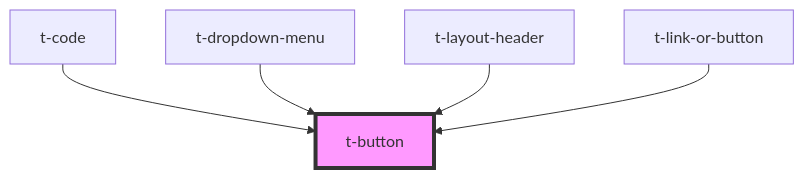
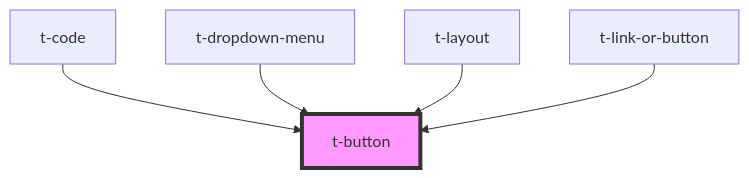
The diagram in packages/t-web-components/src/components/t-button/readme.md (TomasEng/web-components), drawn with Mermaid before and after one commit. The commit also changed other lines of this file and 37 other files, not shown here.

````diff
--- a/packages/t-web-components/src/components/t-button/readme.md
+++ b/packages/t-web-components/src/components/t-button/readme.md
@@ -48,8 +48,8 @@
 ```mermaid
 graph TD;
   t-code --> t-button
   t-dropdown-menu --> t-button
-  t-layout-header --> t-button
+  t-layout --> t-button
   t-link-or-button --> t-button
   style t-button fill:#f9f,stroke:#333,stroke-width:4px
 ```
````
